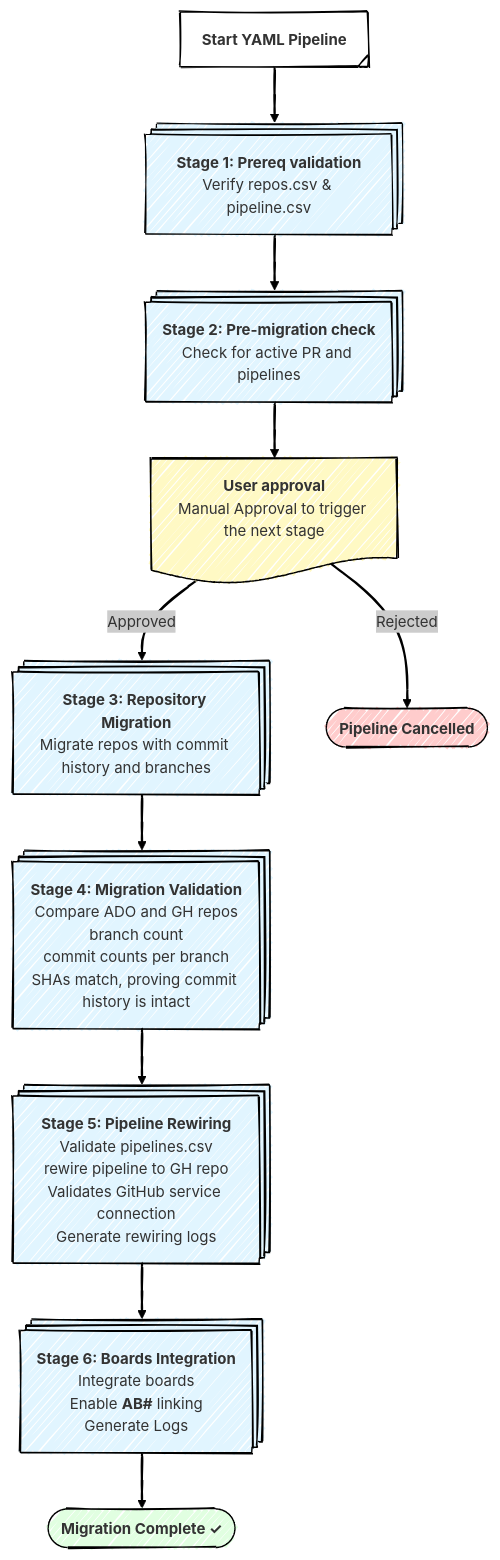
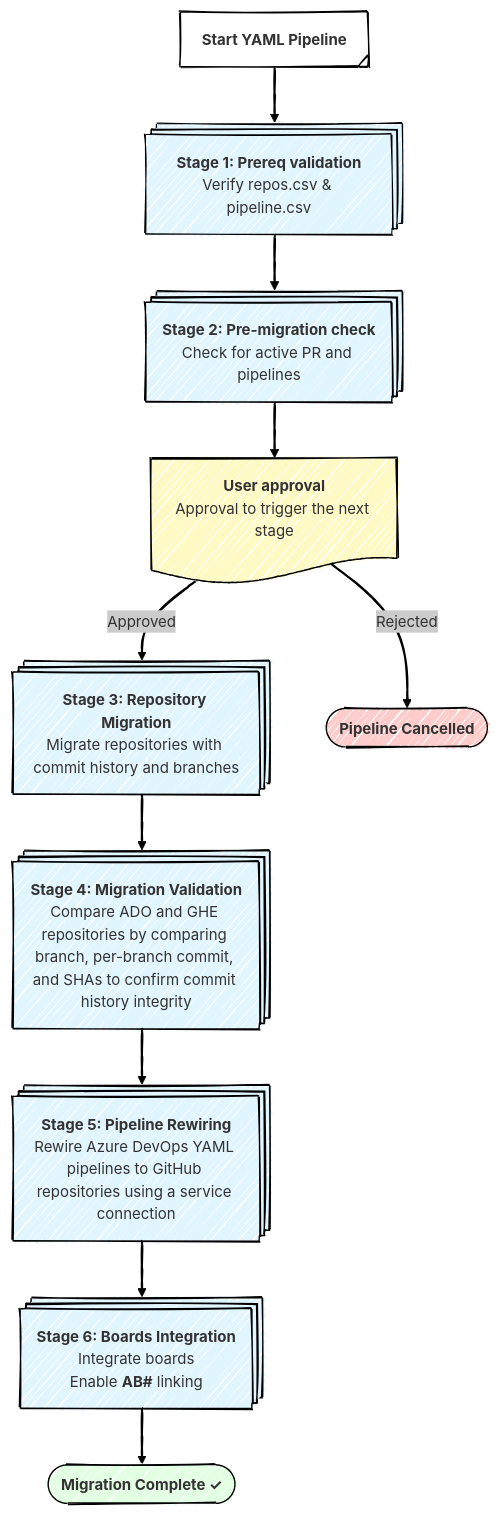
The diagram in README.md (pinakighatak/ado2gh-ado-pipeline), drawn with Mermaid before and after one commit.

Commit message:
Refine flowchart descriptions in README.md

````diff
--- a/README.md
+++ b/README.md
@@ -56,37 +56,37 @@
 ```mermaid
 ---
 config:
   theme: neo
   layout: dagre
   look: handDrawn
 ---
 flowchart TB
     Start["<b>Start YAML Pipeline</b>"] --> Stage1["<b>Stage 1: Prereq validation</b><br>Verify repos.csv & pipeline.csv"]
     Stage1 --> Stage2["<b>Stage 2: Pre-migration check</b><br>Check for active PR and pipelines"]
-    Stage2 --> Gate1["<b>User approval</b><br>Manual Approval to trigger the next stage"]
-    Gate1 -- Approved --> Stage3["<b>Stage 3: Repository Migration</b><br>Migrate repos with commit history and branches"]
+    Stage2 --> Gate1["<b>User approval</b><br>Approval to trigger the next stage"]
+    Gate1 -- Approved --> Stage3["<b>Stage 3: Repository Migration</b><br>Migrate repositories with commit history and branches"]
     Gate1 -- Rejected --> End1["<b>Pipeline Cancelled</b>"]
-    Stage3 --> Stage4["<b>Stage 4: Migration Validation</b><br>Compare ADO and GH repos<br>branch count<br>commit counts per branch<br>SHAs match, proving commit history is intact"]
-    Stage4 --> Stage5["<b>Stage 5: Pipeline Rewiring</b><br>Validate pipelines.csv<br>rewire pipeline to GH repo<br>Validates GitHub service connection<br>Generate rewiring logs"]
-    Stage5 --> Stage6["<b>Stage 6: Boards Integration</b><br>Integrate boards<br>Enable <b>AB#</b> linking<br>Generate Logs"]
+    Stage3 --> Stage4["<b>Stage 4: Migration Validation</b><br>Compare ADO and GHE repositories by comparing branch, per-branch commit, and SHAs to confirm commit history integrity"]
+    Stage4 --> Stage5["<b>Stage 5: Pipeline Rewiring</b><br>Rewire Azure DevOps YAML pipelines to GitHub repositories using a service connection"]
+    Stage5 --> Stage6["<b>Stage 6: Boards Integration</b><br>Integrate boards<br>Enable <b>AB#</b> linking"]
     Stage6 --> Success(["<b>Migration Complete ✓</b>"])
     
     Start@{ shape: tag-proc}
     Stage1@{ shape: procs}
     Stage2@{ shape: procs}
     Gate1@{ shape: doc}
     Stage3@{ shape: procs}
     End1@{ shape: terminal}
     Stage4@{ shape: procs}
     Stage5@{ shape: procs}
     Stage6@{ shape: procs}
     style Stage1 fill:#e1f5ff,stroke-width:1px,stroke-dasharray: 0
     style Stage2 fill:#e1f5ff
     style Gate1 fill:#FFF9C4
     style Stage3 fill:#e1f5ff
     style End1 fill:#ffcccc
     style Stage4 fill:#e1f5ff
     style Stage5 fill:#e1f5ff
     style Stage6 fill:#e1f5ff
     style Success fill:#e1ffe1
 ```
````
